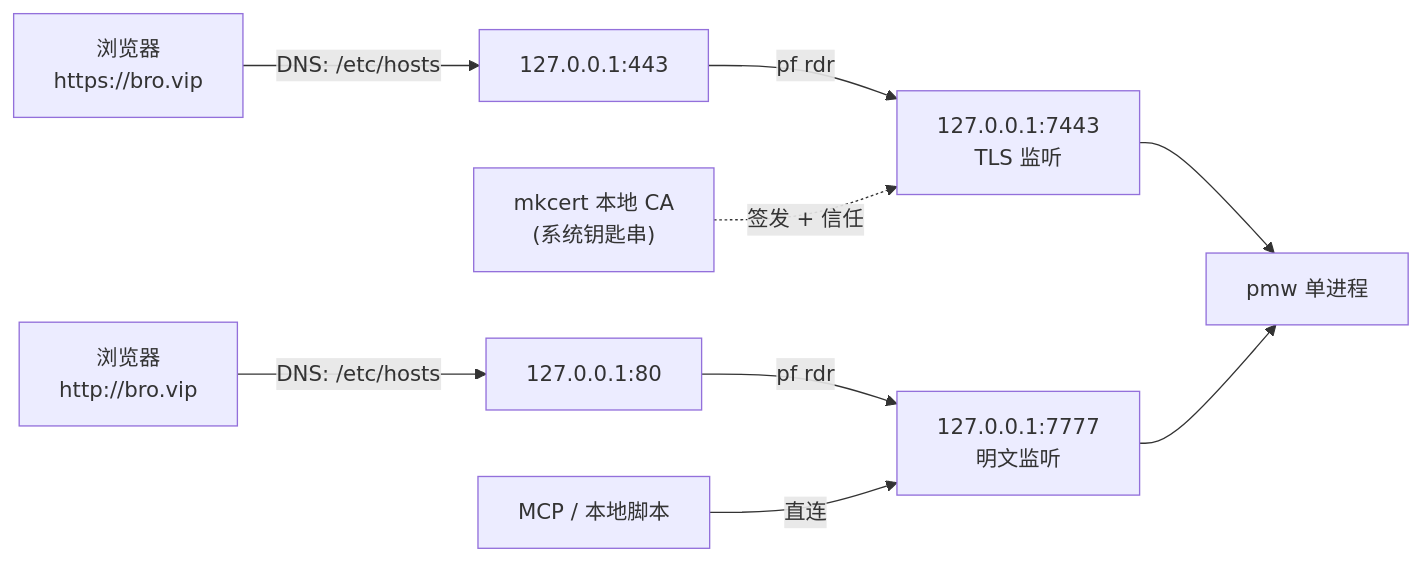
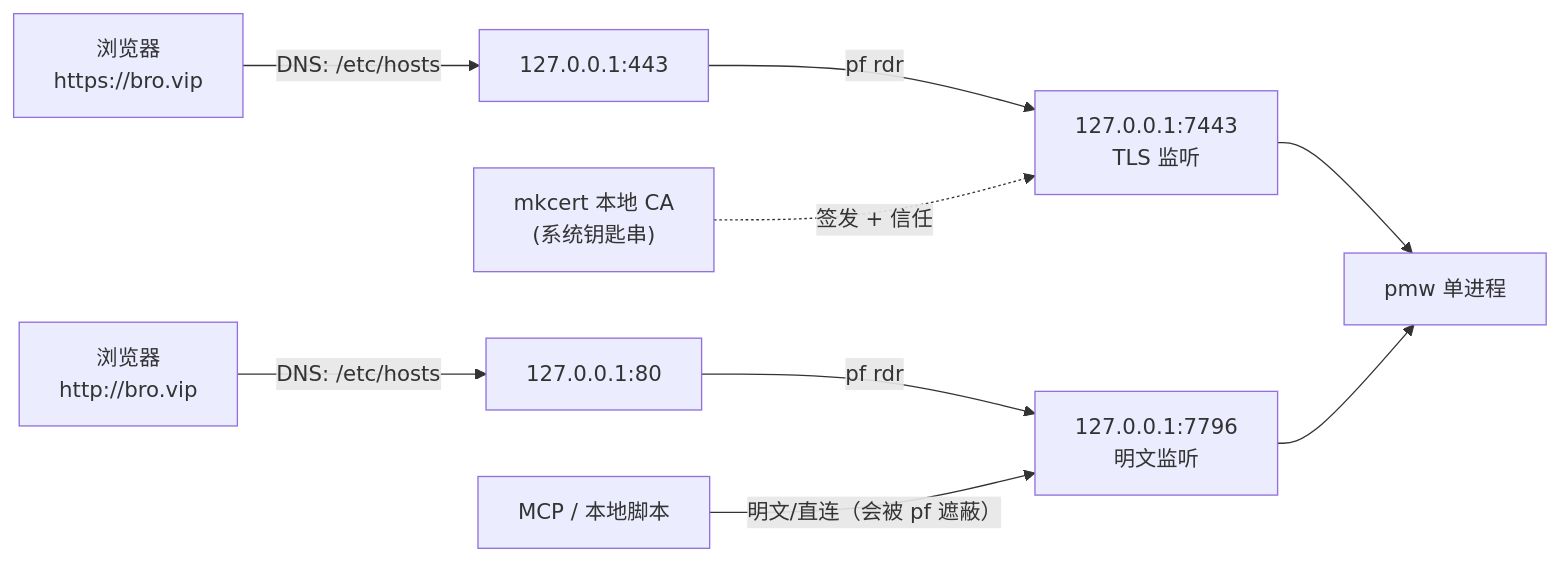
Before and after one commit to lizhao903/pm-workspace: the diagram in docs/local-domain.md, drawn with Mermaid. The commit also changed other lines of this file and 241 other files, not shown here.

````diff
--- a/docs/local-domain.md
+++ b/docs/local-domain.md
@@ -19,11 +19,11 @@
 ```mermaid
 graph LR
   A["浏览器<br/>https://bro.vip"] -->|"DNS: /etc/hosts"| B["127.0.0.1:443"]
   C["浏览器<br/>http://bro.vip"] -->|"DNS: /etc/hosts"| D["127.0.0.1:80"]
   B -->|"pf rdr"| E["127.0.0.1:7443<br/>TLS 监听"]
-  D -->|"pf rdr"| F["127.0.0.1:7777<br/>明文监听"]
+  D -->|"pf rdr"| F["127.0.0.1:7796<br/>明文监听"]
   E --> G["pmw 单进程"]
   F --> G
-  H["MCP / 本地脚本"] -->|"直连"| F
+  H["MCP / 本地脚本"] -->|"明文/直连（会被 pf 遮蔽）"| F
   I["mkcert 本地 CA<br/>(系统钥匙串)"] -.->|"签发 + 信任"| E
 ```
````
